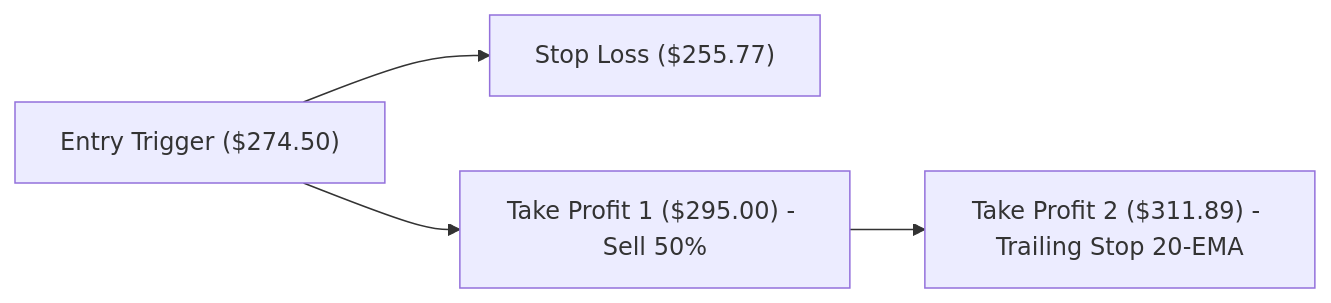
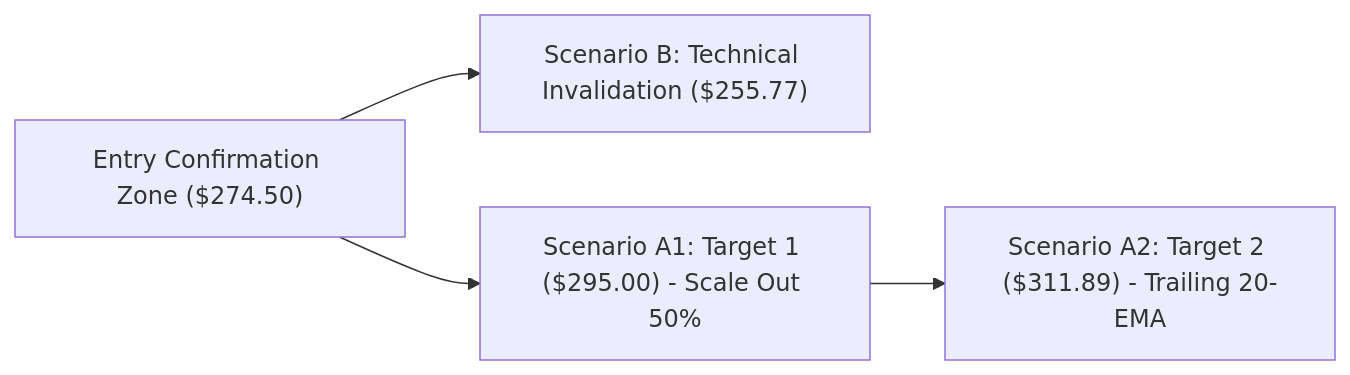
One commit to sepnewtrade-report/sepkhawgontrade-reports changed the second of 2 diagrams in MEMBERSHIP CONTENT SYSTEM/vp_top_opportunity_radar_2026_08_08.md. Above: the diagram before and after it, drawn with Mermaid. The commit also changed other lines of this file and 5 other files, not shown here.

````diff
--- a/MEMBERSHIP CONTENT SYSTEM/vp_top_opportunity_radar_2026_08_08.md
+++ b/MEMBERSHIP CONTENT SYSTEM/vp_top_opportunity_radar_2026_08_08.md
@@ -30,6 +30,6 @@
 ```mermaid
 flowchart LR
-    A["Entry Trigger ($274.50)"] --> B["Stop Loss ($255.77)"]
-    A --> C["Take Profit 1 ($295.00) - Sell 50%"]
-    C --> D["Take Profit 2 ($311.89) - Trailing Stop 20-EMA"]
+    A["Entry Confirmation Zone ($274.50)"] --> B["Scenario B: Technical Invalidation ($255.77)"]
+    A --> C["Scenario A1: Target 1 ($295.00) - Scale Out 50%"]
+    C --> D["Scenario A2: Target 2 ($311.89) - Trailing 20-EMA"]
 ```
````
